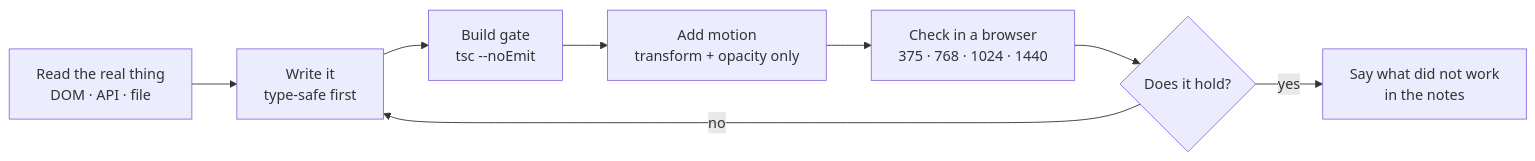
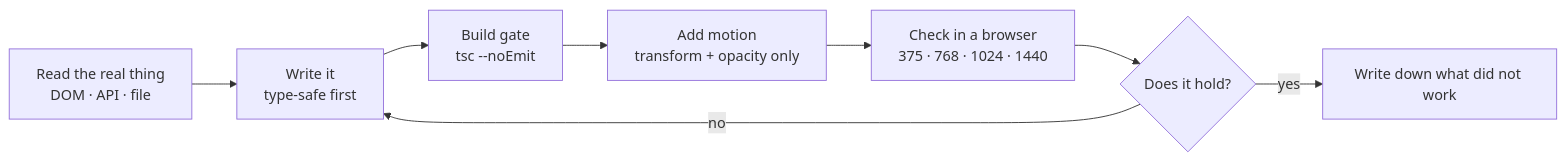
Before and after one commit to Mister2314/Mister2314: the diagram in README.md, drawn with Mermaid. The commit also changed other lines of this file, not shown here.

````diff
--- a/README.md
+++ b/README.md
@@ -35,10 +86,10 @@
 ```mermaid
 flowchart LR
   A["Read the real thing<br/>DOM · API · file"] --> B["Write it<br/>type-safe first"]
   B --> C["Build gate<br/>tsc --noEmit"]
   C --> D["Add motion<br/>transform + opacity only"]
   D --> E["Check in a browser<br/>375 · 768 · 1024 · 1440"]
   E --> F{"Does it hold?"}
   F -->|no| B
-  F -->|yes| G["Say what did not work<br/>in the notes"]
+  F -->|yes| G["Write down what did not work"]
 ```
````
